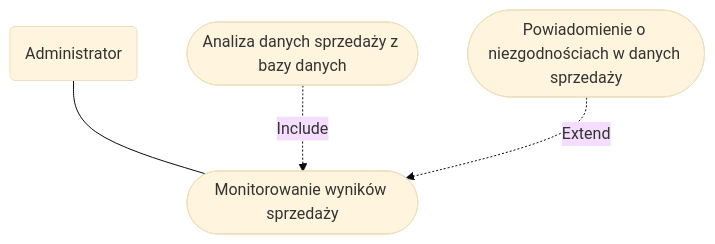
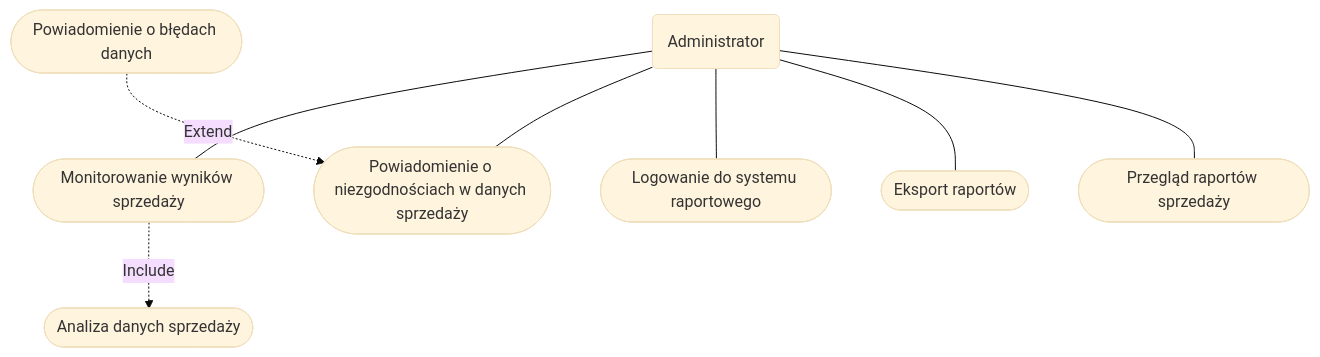
Before and after one commit to WGrot/MWO_LAB: the second of 4 diagrams in adminStory.md, drawn with Mermaid (base theme).

````diff
--- a/adminStory.md
+++ b/adminStory.md
@@ -52,11 +52,20 @@
 ```mermaid
 flowchart TD
     A("Administrator")
-    E([Monitorowanie wyników sprzedaży])
-    F([Analiza danych sprzedaży z bazy danych])
-    G([Powiadomienie o niezgodnościach w danych sprzedaży])
+    X([Monitorowanie wyników sprzedaży])
+    Y([Analiza danych sprzedaży])
+    Z([Powiadomienie o niezgodnościach w danych sprzedaży])
+    O([Powiadomienie o błędach danych])
+    M([Logowanie do systemu raportowego])
+    N([Przegląd raportów sprzedaży])
+    P([Eksport raportów])
 
-    A --- E
-    F -.-> |Include| E
-    G -.-> |Extend| E
+
+    A --- X
+    A --- Z
+    A --- M
+    A --- P
+    A --- N
+    X -.-> |Include| Y
+    O -.-> |Extend| Z
 ```
````
